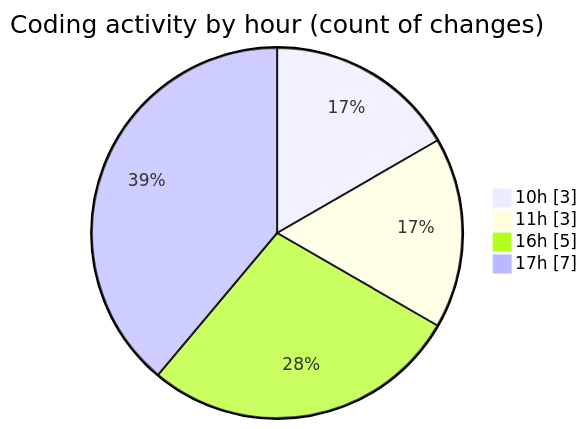
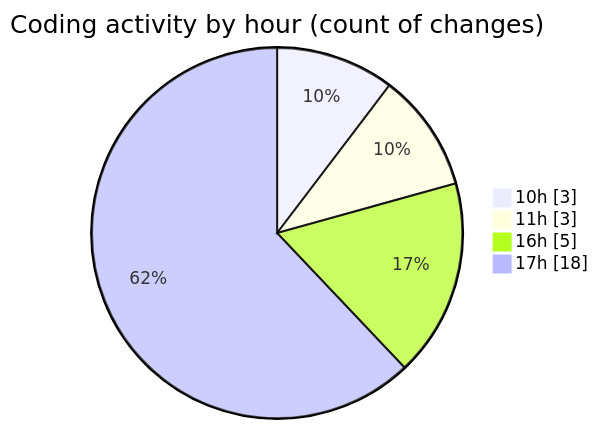
Before and after one commit to charlie-sans/code-tracking: the second of 2 diagrams in 2025-02-26/micros/README.md, drawn with Mermaid. The commit also changed other lines of this file and 1 other file, not shown here.

````diff
--- a/2025-02-26/micros/README.md
+++ b/2025-02-26/micros/README.md
@@ -31,8 +36,8 @@
 ```mermaid
 pie showData
 title Coding activity by hour (count of changes)
 "10h" : 3
 "11h" : 3
 "16h" : 5
-"17h" : 7
+"17h" : 18
 ```
````
